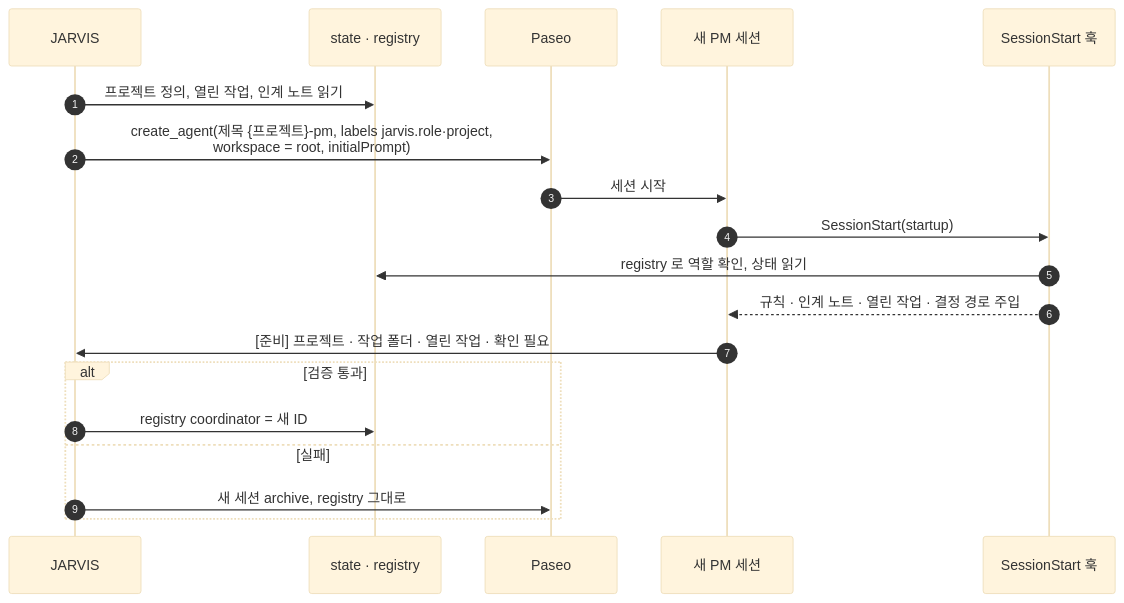
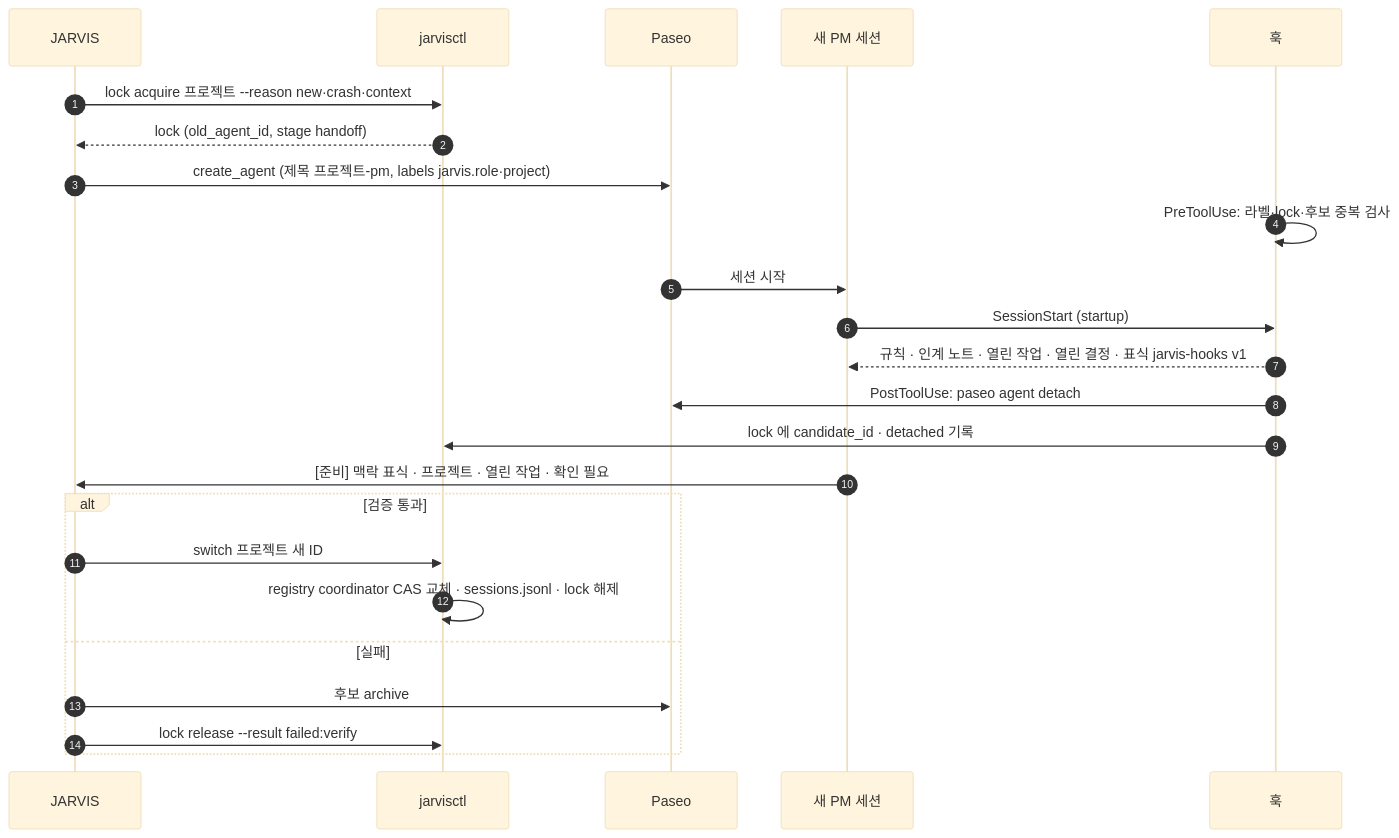
Before and after one commit to smdeveloper7/jarvis: the second of 5 diagrams in docs/02_Agent_Lifecycle_Management.md, drawn with Mermaid (base theme). The commit also changed other lines of this file and 6 other files, not shown here.

````diff
--- a/docs/02_Agent_Lifecycle_Management.md
+++ b/docs/02_Agent_Lifecycle_Management.md
@@ -69,22 +80,27 @@
 ```mermaid
 sequenceDiagram
     autonumber
     participant J as JARVIS
-    participant F as state · registry
+    participant C as jarvisctl
     participant P as Paseo
     participant N as 새 PM 세션
-    participant H as SessionStart 훅
+    participant H as 훅
 
-    J->>F: 프로젝트 정의, 열린 작업, 인계 노트 읽기
-    J->>P: create_agent(제목 {프로젝트}-pm, labels jarvis.role·project,<br/>workspace = root, initialPrompt)
+    J->>C: lock acquire 프로젝트 --reason new·crash·context
+    C-->>J: lock (old_agent_id, stage handoff)
+    J->>P: create_agent (제목 프로젝트-pm, labels jarvis.role·project)
+    H->>H: PreToolUse: 라벨·lock·후보 중복 검사
     P->>N: 세션 시작
-    N->>H: SessionStart(startup)
-    H->>F: registry 로 역할 확인, 상태 읽기
-    H-->>N: 규칙 · 인계 노트 · 열린 작업 · 결정 경로 주입
-    N->>J: [준비] 프로젝트 · 작업 폴더 · 열린 작업 · 확인 필요
+    N->>H: SessionStart (startup)
+    H-->>N: 규칙 · 인계 노트 · 열린 작업 · 열린 결정 · 표식 jarvis-hooks v1
+    H->>P: PostToolUse: paseo agent detach
+    H->>C: lock 에 candidate_id · detached 기록
+    N->>J: [준비] 맥락 표식 · 프로젝트 · 열린 작업 · 확인 필요
     alt 검증 통과
-        J->>F: registry coordinator = 새 ID
+        J->>C: switch 프로젝트 새 ID
+        C->>C: registry coordinator CAS 교체 · sessions.jsonl · lock 해제
     else 실패
-        J->>P: 새 세션 archive, registry 그대로
+        J->>P: 후보 archive
+        J->>C: lock release --result failed:verify
     end
 ```
````
